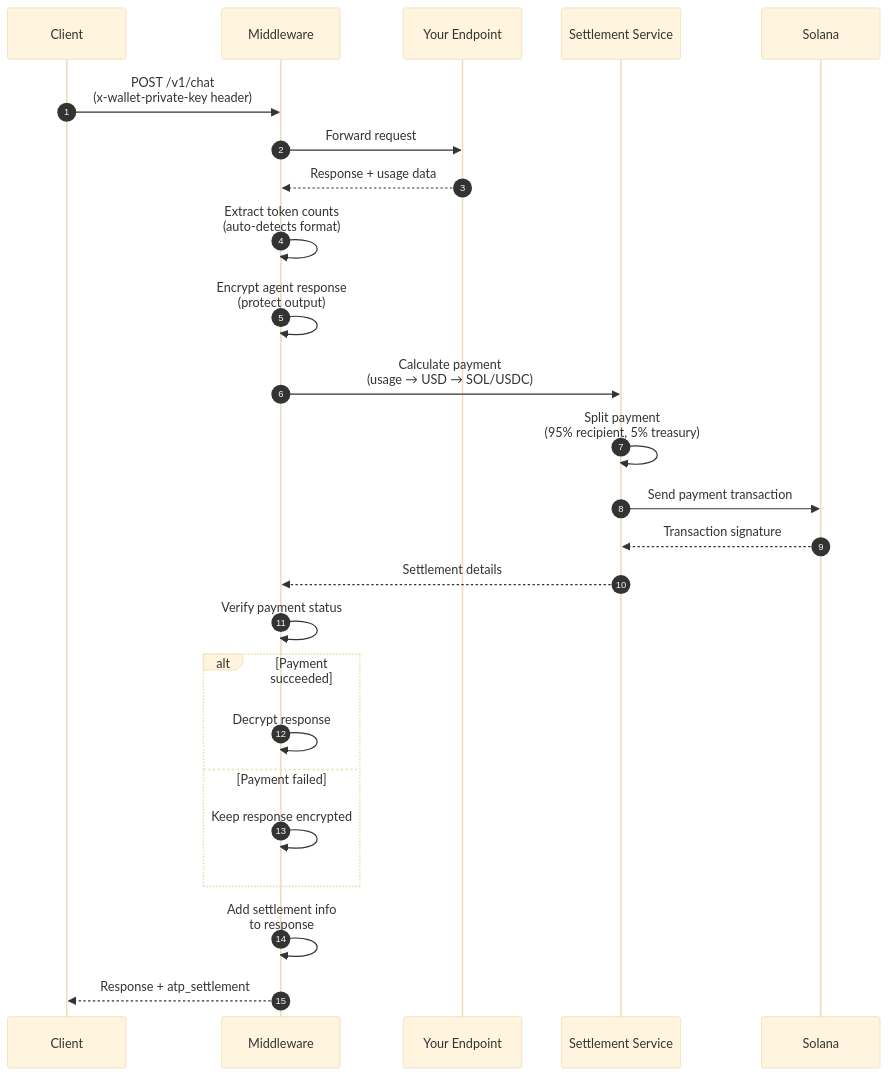
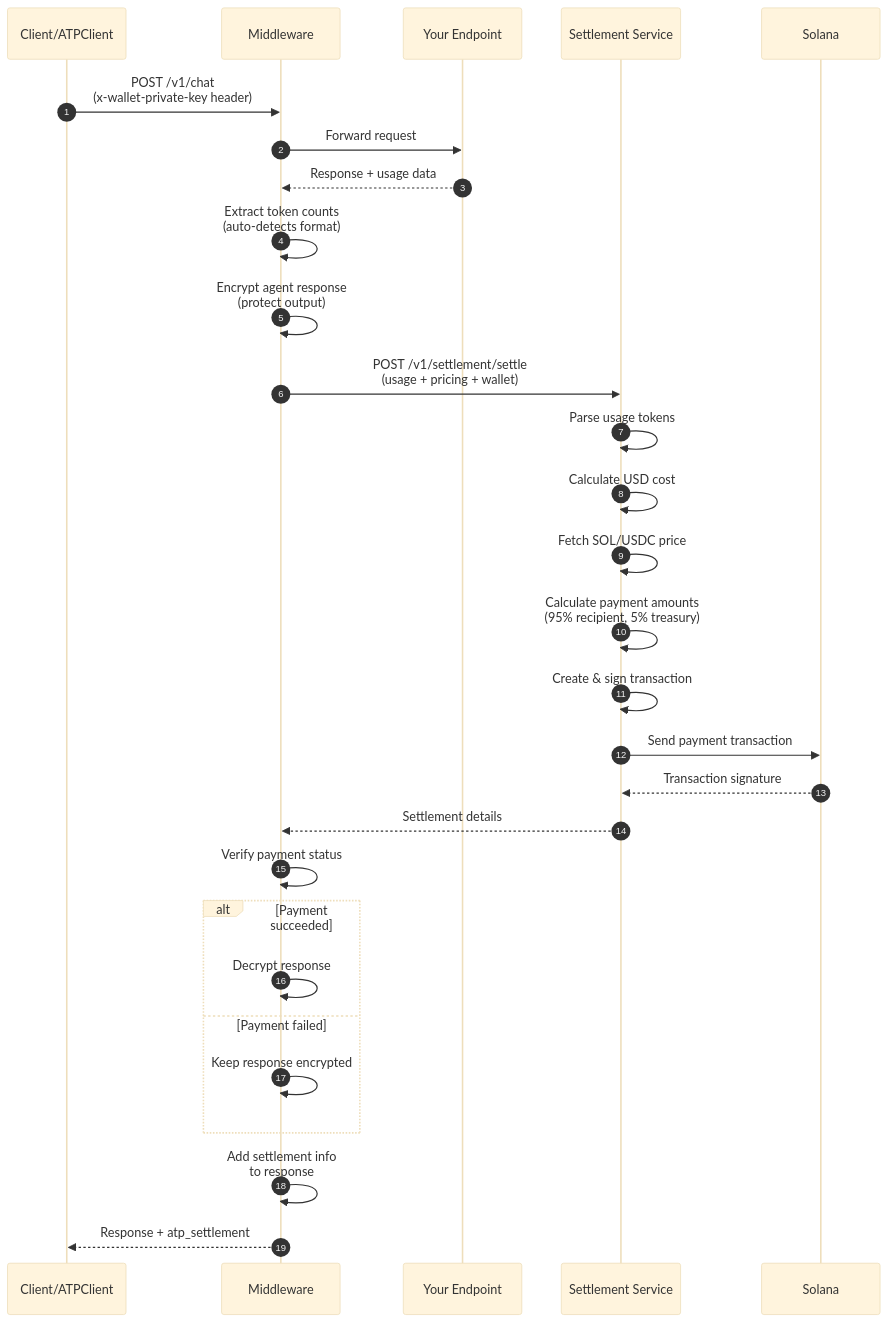
One commit to The-Swarm-Corporation/ATP-Protocol changed the first of 3 diagrams in README.md. Above: the diagram before and after it, drawn with Mermaid (base theme). The commit also changed other lines of this file and 11 other files, not shown here.

````diff
--- a/README.md
+++ b/README.md
@@ -108,28 +230,32 @@
 ```mermaid
 sequenceDiagram
   autonumber
-  participant C as Client
+  participant C as Client/ATPClient
   participant M as Middleware
   participant E as Your Endpoint
   participant SS as Settlement Service
   participant S as Solana
 
   C->>M: POST /v1/chat<br/>(x-wallet-private-key header)
   M->>E: Forward request
   E-->>M: Response + usage data
   M->>M: Extract token counts<br/>(auto-detects format)
   M->>M: Encrypt agent response<br/>(protect output)
-  M->>SS: Calculate payment<br/>(usage → USD → SOL/USDC)
-  SS->>SS: Split payment<br/>(95% recipient, 5% treasury)
+  M->>SS: POST /v1/settlement/settle<br/>(usage + pricing + wallet)
+  SS->>SS: Parse usage tokens
+  SS->>SS: Calculate USD cost
+  SS->>SS: Fetch SOL/USDC price
+  SS->>SS: Calculate payment amounts<br/>(95% recipient, 5% treasury)
+  SS->>SS: Create & sign transaction
   SS->>S: Send payment transaction
   S-->>SS: Transaction signature
   SS-->>M: Settlement details
   M->>M: Verify payment status
   alt Payment succeeded
     M->>M: Decrypt response
   else Payment failed
     M->>M: Keep response encrypted
   end
   M->>M: Add settlement info<br/>to response
   M-->>C: Response + atp_settlement
 ```
````
